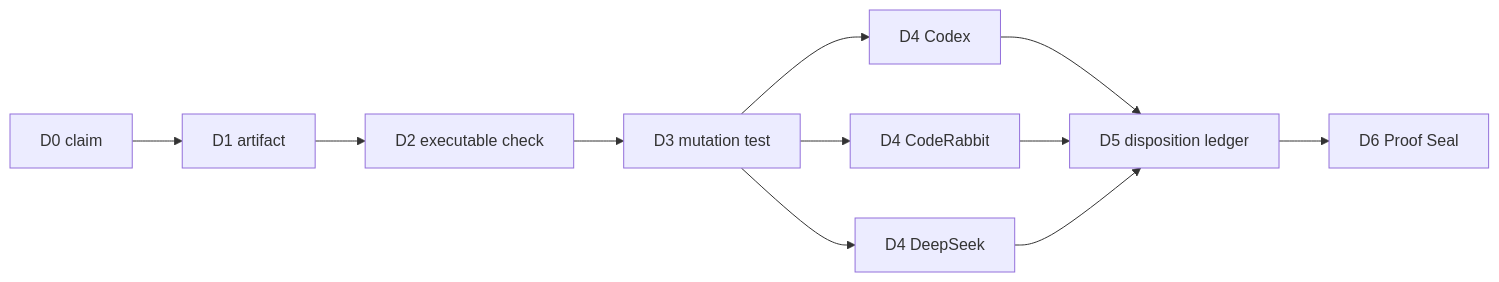
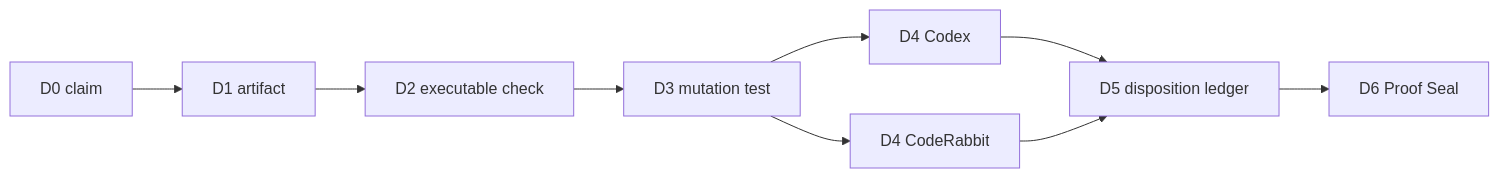
One commit to safal207/robys-coffee-house-demo changed the diagram in docs/proof-depth-graph.md. Above: the diagram before and after it, drawn with Mermaid. The commit also changed other lines of this file, not shown here.

Commit message:
docs: document two-reviewer binding graph

````diff
--- a/docs/proof-depth-graph.md
+++ b/docs/proof-depth-graph.md
@@ -21,13 +21,11 @@
 ```mermaid
 flowchart LR
   C["D0 claim"] --> A["D1 artifact"]
   A --> V["D2 executable check"]
   V --> M["D3 mutation test"]
   M --> X["D4 Codex"]
   M --> R["D4 CodeRabbit"]
-  M --> D["D4 DeepSeek"]
   X --> L["D5 disposition ledger"]
   R --> L
-  D --> L
   L --> S["D6 Proof Seal"]
 ```
````
